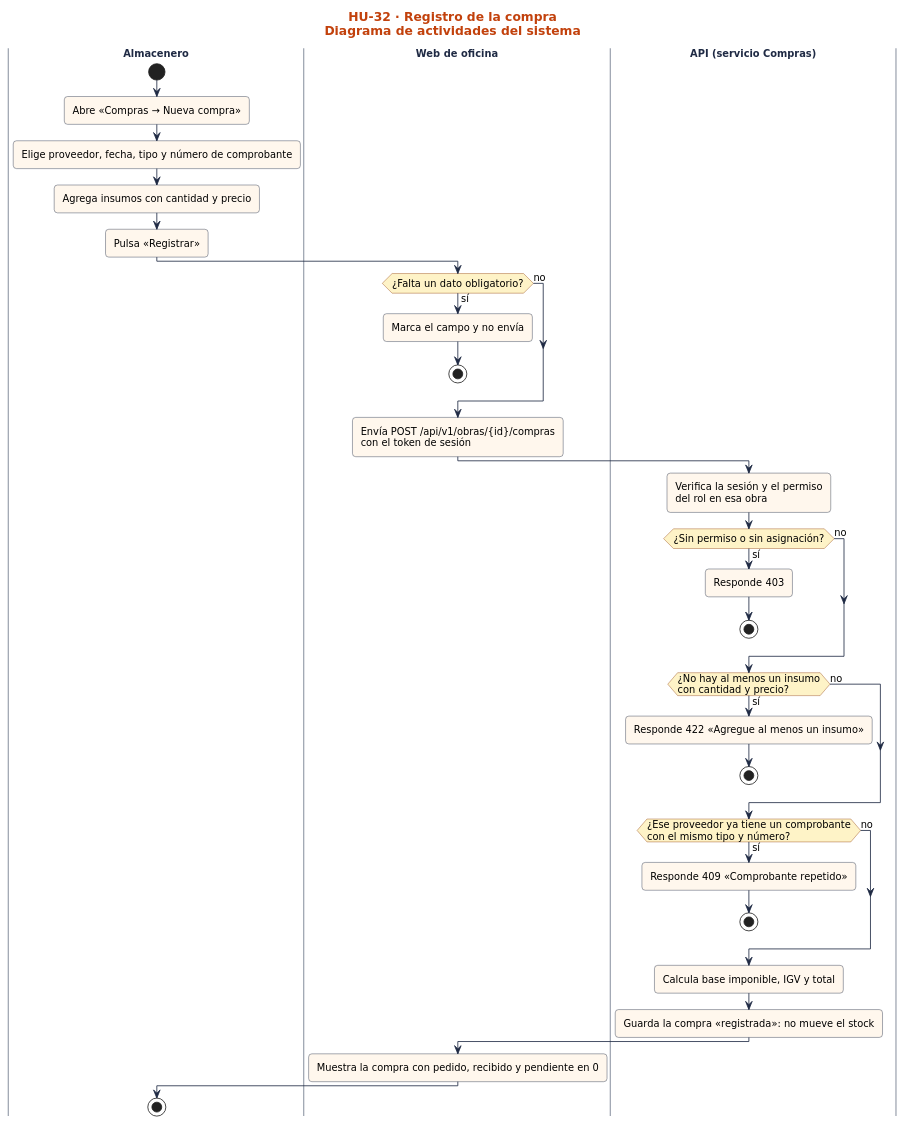
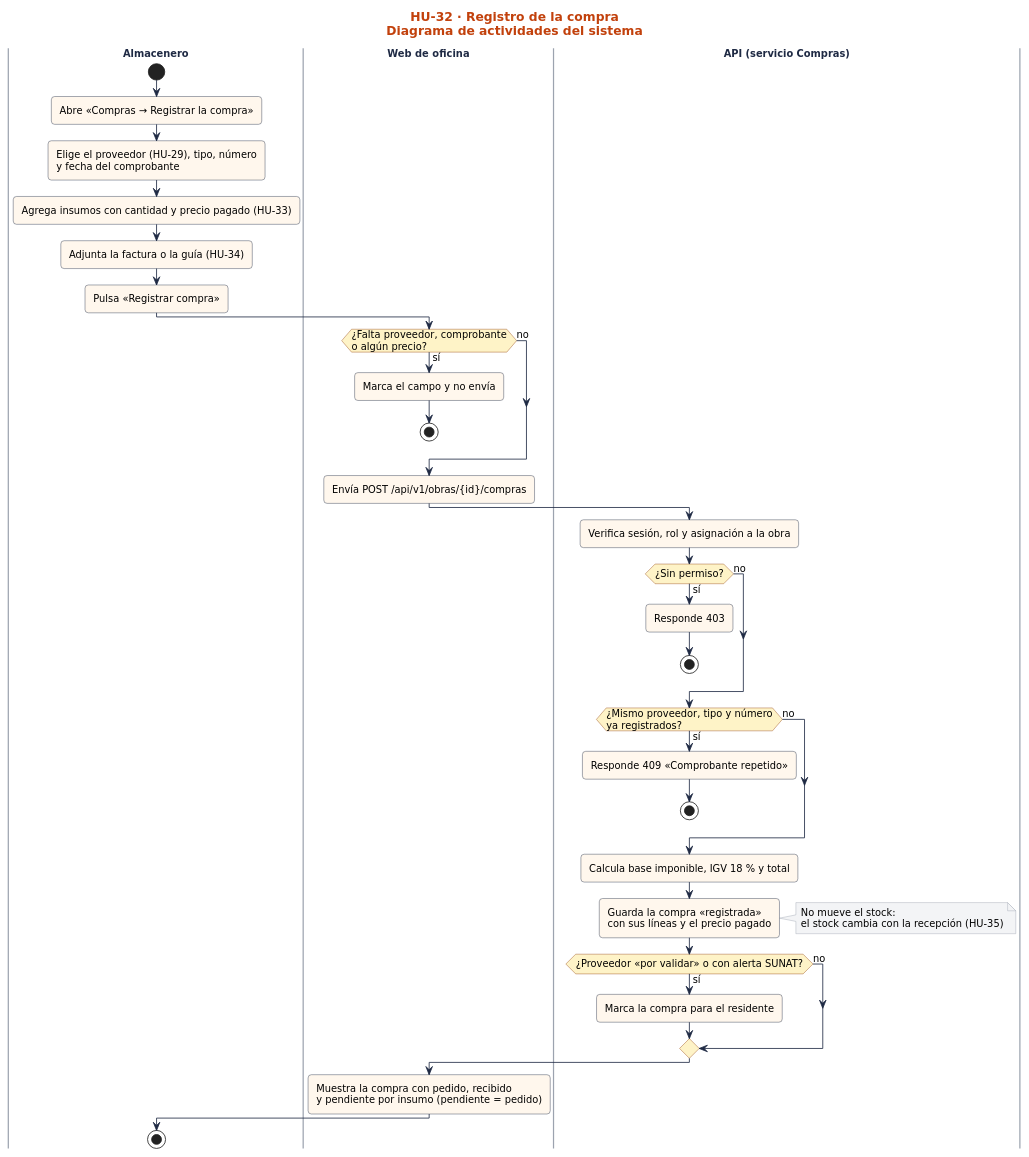
One commit to nandoestebanif/sevens-sigro changed the diagram in docs/sprint-2/diagramas-hu/hu-32-registro-de-la-compra/actividades.puml. Above: the diagram before and after it, drawn with PlantUML. The commit also changed 56 other files, not shown here.

First line of the commit message:
docs(sprint-2): diagramas a medida de 12 HU, estados E06/E07/E12 y guía de Adiel

```diff
--- a/docs/sprint-2/diagramas-hu/hu-32-registro-de-la-compra/actividades.puml
+++ b/docs/sprint-2/diagramas-hu/hu-32-registro-de-la-compra/actividades.puml
@@ -1,71 +1,73 @@
 @startuml
 skinparam defaultFontName "DejaVu Sans"
 skinparam defaultFontSize 12
 skinparam shadowing false
 skinparam roundCorner 8
 skinparam ArrowColor #1F2A44
 skinparam ActivityBorderColor #1F2A44
 skinparam ActivityBackgroundColor #FFF7ED
 skinparam ActivityDiamondBackgroundColor #FEF3C7
 skinparam ActivityDiamondBorderColor #92400E
 skinparam SwimlaneTitleFontStyle bold
 skinparam SwimlaneTitleFontColor #1F2A44
 skinparam SwimlaneBorderColor #9CA3AF
 skinparam PartitionBorderColor #9CA3AF
 skinparam ParticipantBorderColor #1F2A44
 skinparam ParticipantBackgroundColor #FFF7ED
 skinparam ActorBorderColor #1F2A44
 skinparam ActorBackgroundColor #FFF7ED
 skinparam DatabaseBorderColor #1F2A44
 skinparam DatabaseBackgroundColor #E0E7FF
 skinparam SequenceLifeLineBorderColor #9CA3AF
 skinparam SequenceGroupBorderColor #C2410C
 skinparam SequenceGroupHeaderFontColor #C2410C
 skinparam StateBorderColor #1F2A44
 skinparam StateBackgroundColor #FFF7ED
 skinparam StateStartColor #1F2A44
 skinparam StateEndColor #1F2A44
 skinparam NoteBackgroundColor #F3F4F6
 skinparam NoteBorderColor #9CA3AF
 skinparam TitleFontSize 15
 skinparam TitleFontColor #C2410C
 skinparam ClassBorderColor #1F2A44
 skinparam ClassBackgroundColor #FFF7ED
+
 title HU-32 · Registro de la compra\nDiagrama de actividades del sistema
 |Almacenero|
 start
-:Abre «Compras → Nueva compra»;
-:Elige proveedor, fecha, tipo y número de comprobante;
-:Agrega insumos con cantidad y precio;
-:Pulsa «Registrar»;
+:Abre «Compras → Registrar la compra»;
+:Elige el proveedor (HU-29), tipo, número\ny fecha del comprobante;
+:Agrega insumos con cantidad y precio pagado (HU-33);
+:Adjunta la factura o la guía (HU-34);
+:Pulsa «Registrar compra»;
 |Web de oficina|
-if (¿Falta un dato obligatorio?) then (sí)
-:Marca el campo y no envía;
-stop
+if (¿Falta proveedor, comprobante\no algún precio?) then (sí)
+  :Marca el campo y no envía;
+  stop
 else (no)
 endif
-:Envía POST /api/v1/obras/{id}/compras\ncon el token de sesión;
+:Envía POST /api/v1/obras/{id}/compras;
 |API (servicio Compras)|
-:Verifica la sesión y el permiso\ndel rol en esa obra;
-if (¿Sin permiso o sin asignación?) then (sí)
-:Responde 403;
-stop
+:Verifica sesión, rol y asignación a la obra;
+if (¿Sin permiso?) then (sí)
+  :Responde 403;
+  stop
 else (no)
 endif
-if (¿No hay al menos un insumo\ncon cantidad y precio?) then (sí)
-:Responde 422 «Agregue al menos un insumo»;
-stop
+if (¿Mismo proveedor, tipo y número\nya registrados?) then (sí)
+  :Responde 409 «Comprobante repetido»;
+  stop
 else (no)
 endif
-if (¿Ese proveedor ya tiene un comprobante\ncon el mismo tipo y número?) then (sí)
-:Responde 409 «Comprobante repetido»;
-stop
+:Calcula base imponible, IGV 18 % y total;
+:Guarda la compra «registrada»\ncon sus líneas y el precio pagado;
+note right: No mueve el stock:\nel stock cambia con la recepción (HU-35)
+if (¿Proveedor «por validar» o con alerta SUNAT?) then (sí)
+  :Marca la compra para el residente;
 else (no)
 endif
-:Calcula base imponible, IGV y total;
-:Guarda la compra «registrada»: no mueve el stock;
 |Web de oficina|
-:Muestra la compra con pedido, recibido y pendiente en 0;
+:Muestra la compra con pedido, recibido\ny pendiente por insumo (pendiente = pedido);
 |Almacenero|
 stop
 @enduml
```
